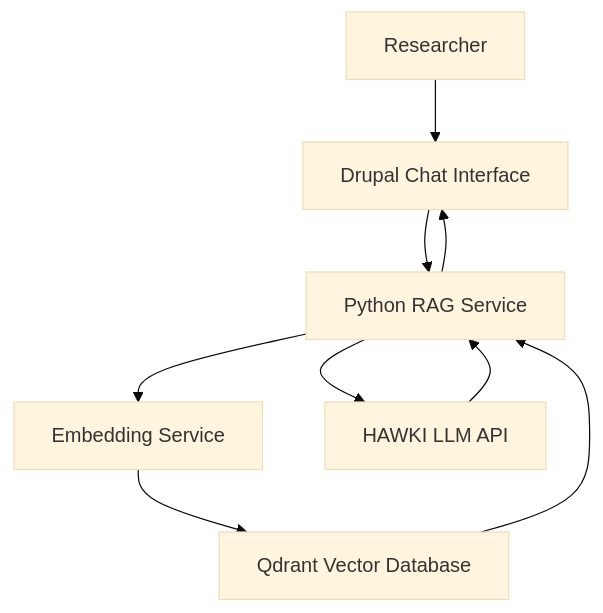
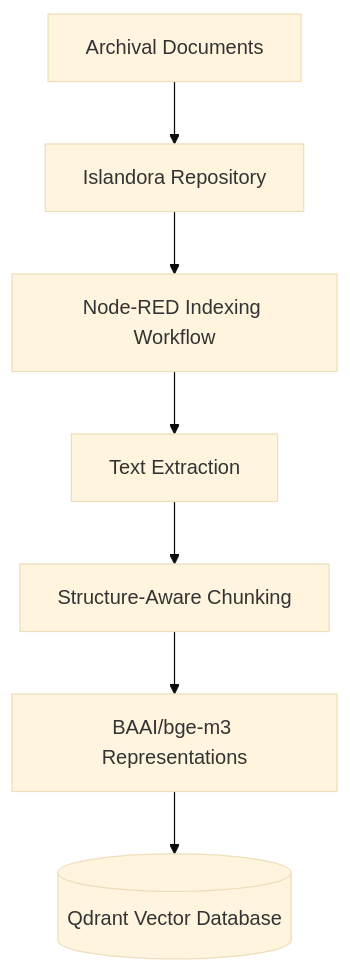
The first of 2 diagrams in docs/architecture.md (kaushik8812/AI-Powered-Chatbot-for-Archival-Research), drawn with Mermaid (base theme) before and after one commit. The commit also changed other lines of this file, not shown here.

Commit message:
Improve system architecture diagrams

````diff
--- a/docs/architecture.md
+++ b/docs/architecture.md
@@ -3,11 +5,9 @@
 ```mermaid
 flowchart TD
-    A[Researcher] --> B[Drupal Chat Interface]
-    B --> C[Python RAG Service]
-    C --> D[Embedding Service]
-    D --> E[Qdrant Vector Database]
-    E --> C
-    C --> F[HAWKI LLM API]
-    F --> C
-    C --> B
+    A[Archival Documents] --> B[Islandora Repository]
+    B --> C[Node-RED Indexing Workflow]
+    C --> D[Text Extraction]
+    D --> E[Structure-Aware Chunking]
+    E --> F[BAAI/bge-m3 Representations]
+    F --> G[(Qdrant Vector Database)]
 ```
````
